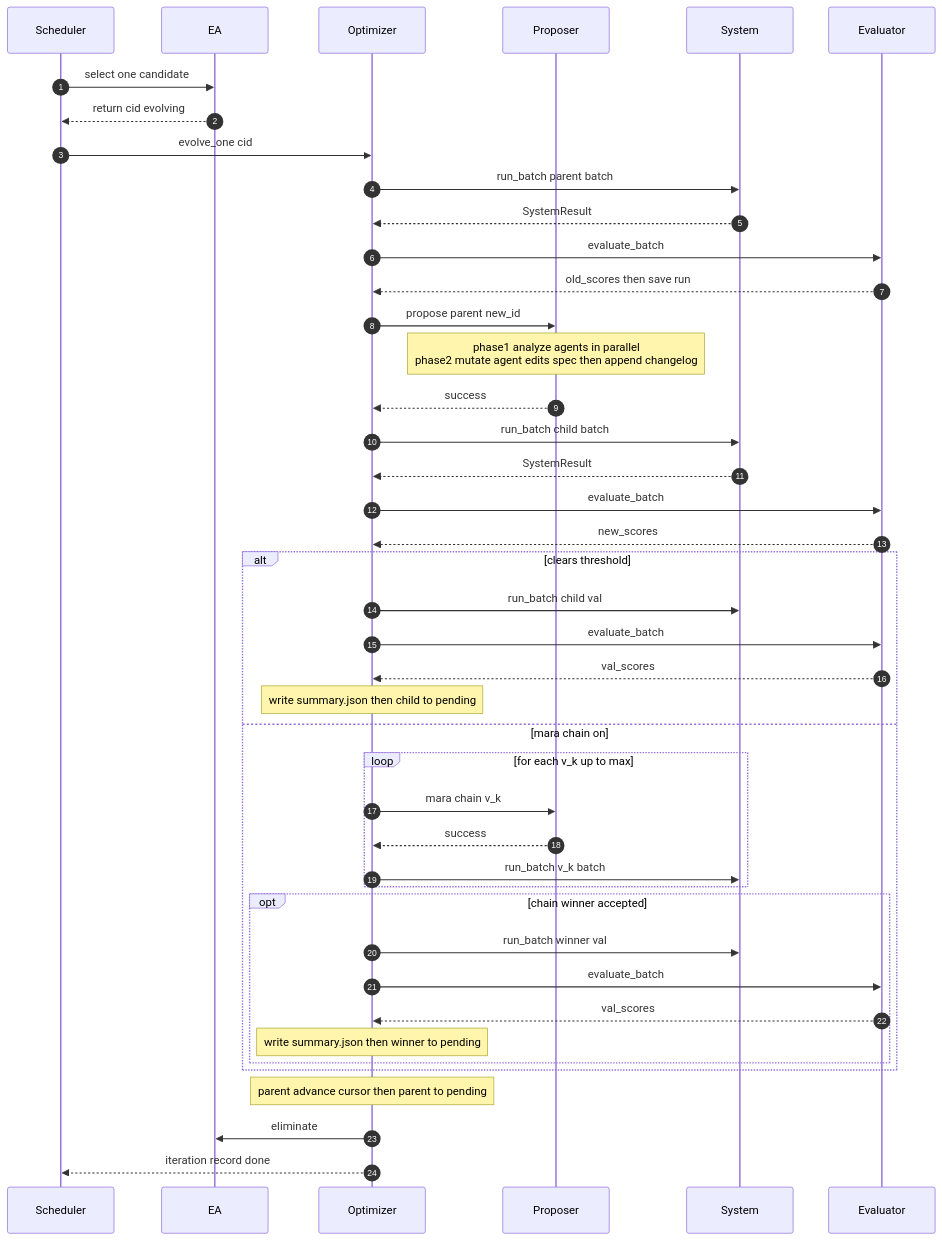
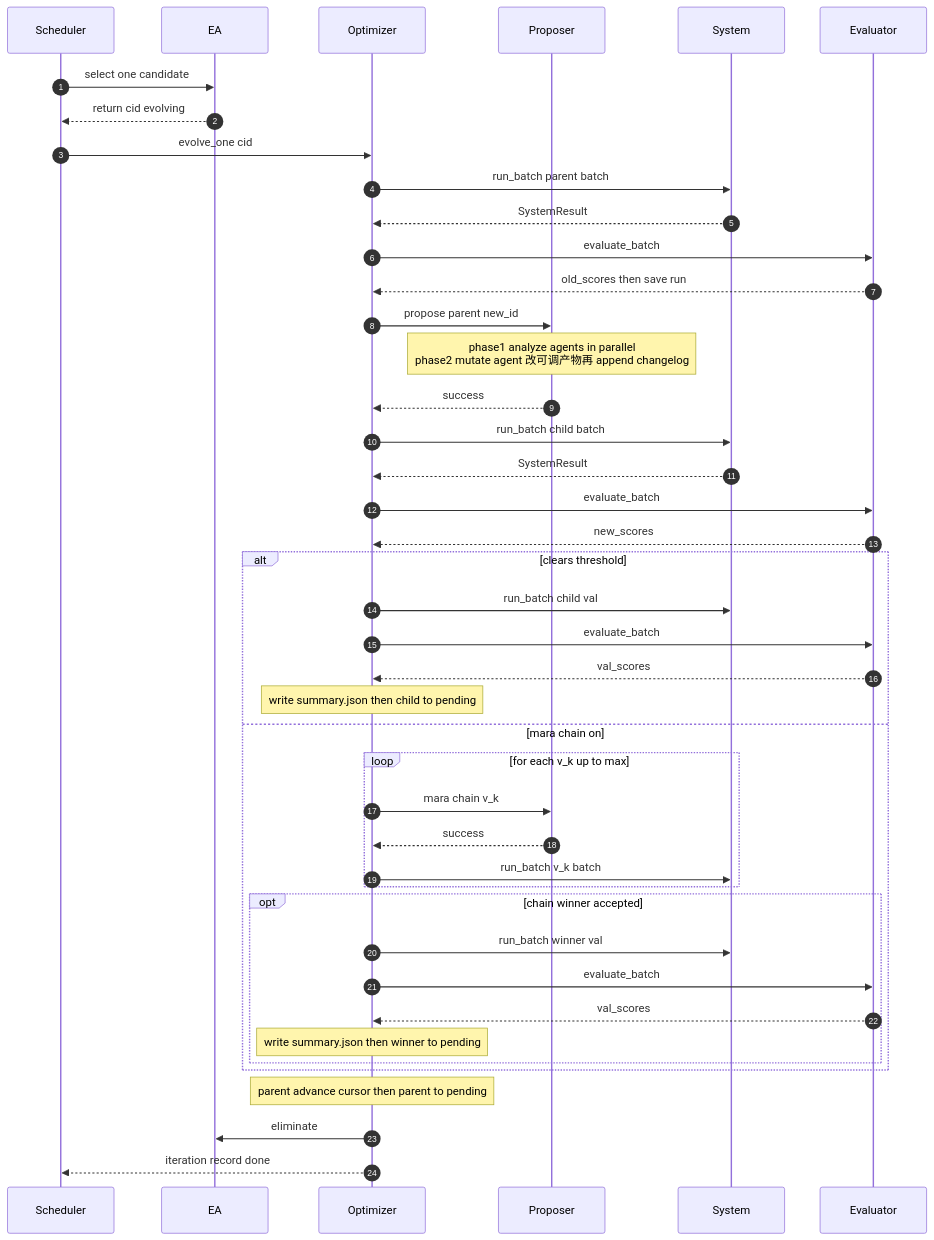
The second of 2 diagrams in docs/system-design.zh-CN.md (ant-research/AntOmniEvo), drawn with Mermaid before and after one commit. The commit also changed other lines of this file and 87 other files, not shown here.

````diff
--- a/docs/system-design.zh-CN.md
+++ b/docs/system-design.zh-CN.md
@@ -72,51 +72,51 @@
 ```mermaid
 sequenceDiagram
     autonumber
     participant S as Scheduler
     participant EA as EA
     participant Slot as Optimizer
     participant P as Proposer
     participant Sys as System
     participant Eval as Evaluator
 
     S->>EA: select one candidate
     EA-->>S: return cid evolving
     S->>Slot: evolve_one cid
 
     Slot->>Sys: run_batch parent batch
     Sys-->>Slot: SystemResult
     Slot->>Eval: evaluate_batch
     Eval-->>Slot: old_scores then save run
 
     Slot->>P: propose parent new_id
-    Note over P: phase1 analyze agents in parallel<br/>phase2 mutate agent edits spec then append changelog
+    Note over P: phase1 analyze agents in parallel<br/>phase2 mutate agent 改可调产物再 append changelog
     P-->>Slot: success
 
     Slot->>Sys: run_batch child batch
     Sys-->>Slot: SystemResult
     Slot->>Eval: evaluate_batch
     Eval-->>Slot: new_scores
 
     alt clears threshold
         Slot->>Sys: run_batch child val
         Slot->>Eval: evaluate_batch
         Eval-->>Slot: val_scores
         Note over Slot: write summary.json then child to pending
     else mara chain on
         loop for each v_k up to max
             Slot->>P: mara chain v_k
             P-->>Slot: success
             Slot->>Sys: run_batch v_k batch
         end
         opt chain winner accepted
             Slot->>Sys: run_batch winner val
             Slot->>Eval: evaluate_batch
             Eval-->>Slot: val_scores
             Note over Slot: write summary.json then winner to pending
         end
     end
 
     Note over Slot: parent advance cursor then parent to pending
     Slot->>EA: eliminate
     Slot-->>S: iteration record done
 ```
````
